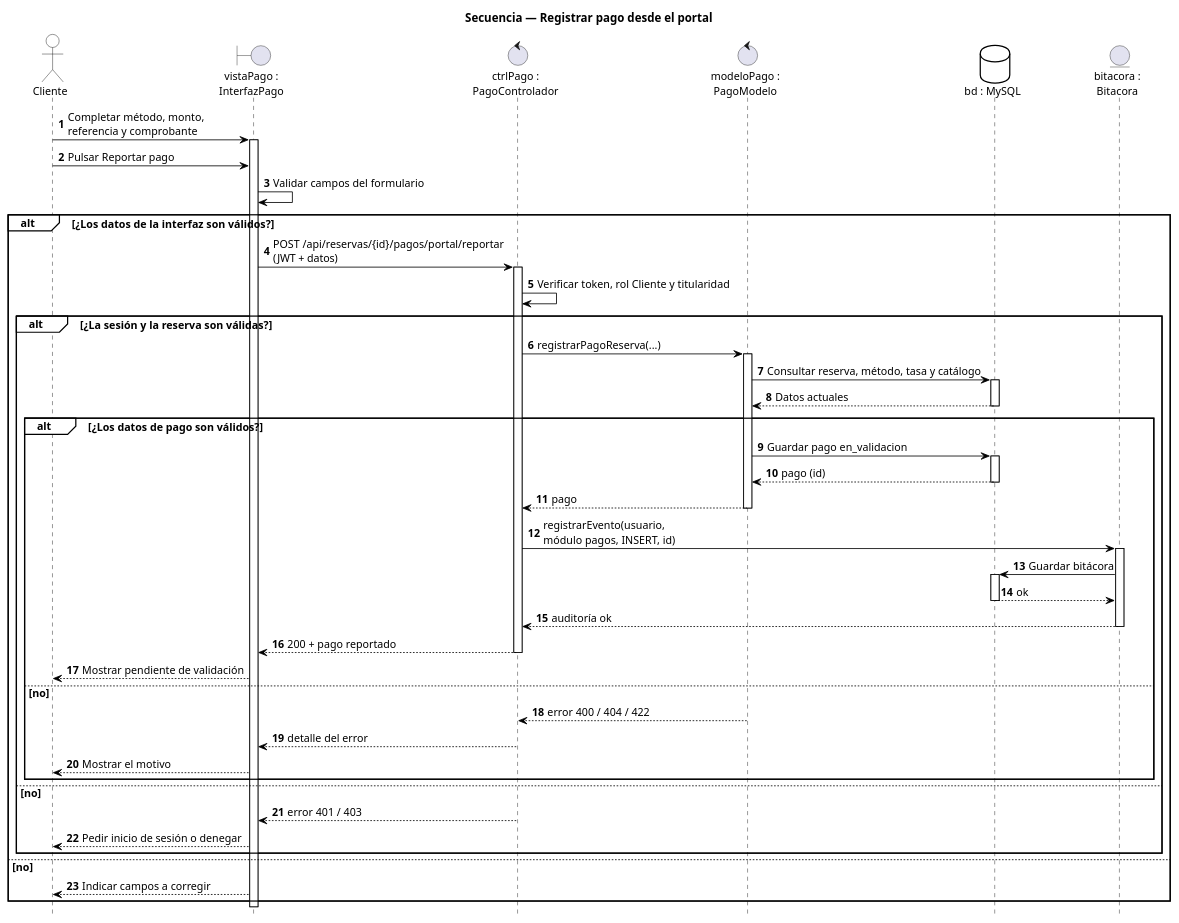
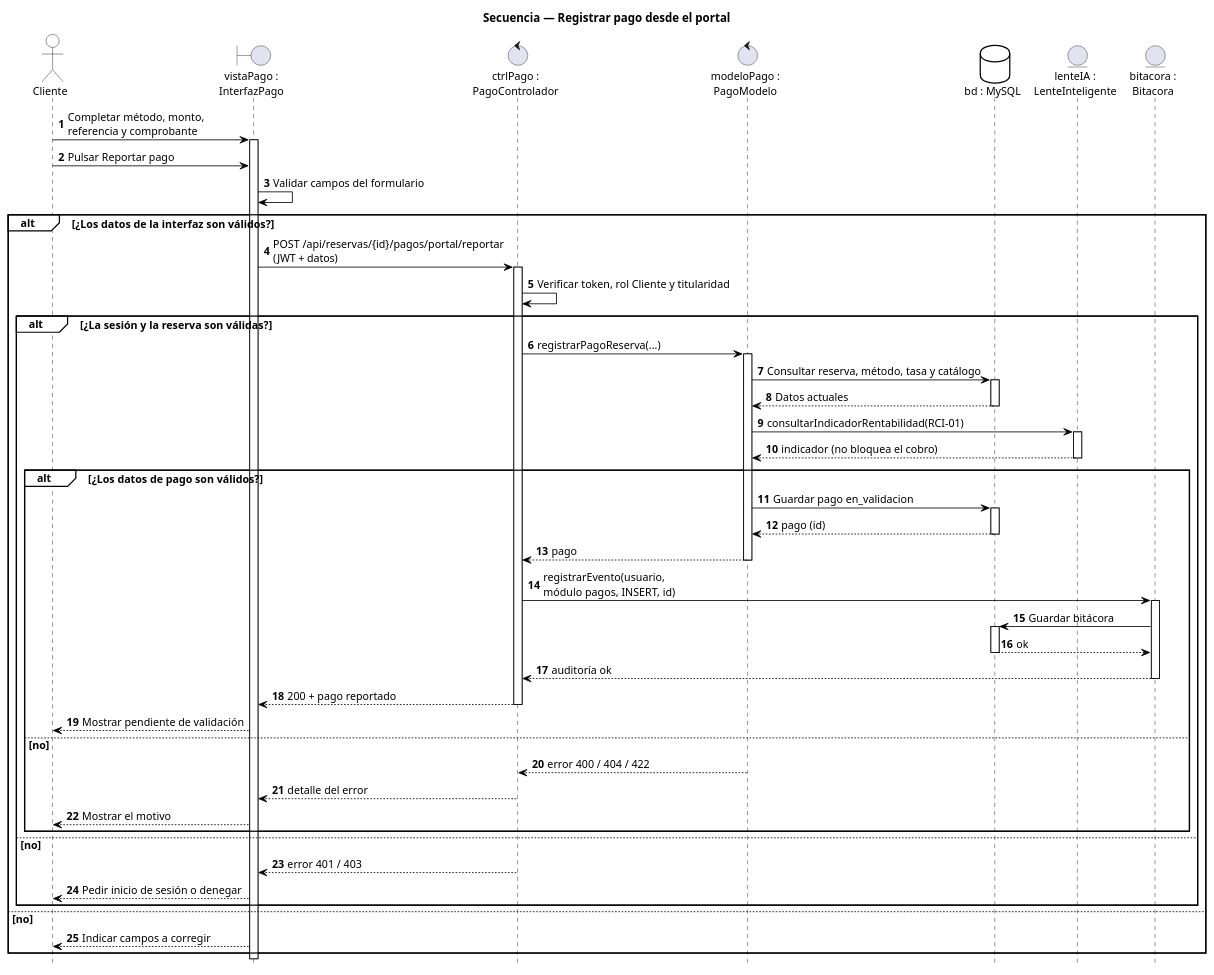
One commit to gioser1107/SIGEL changed the diagram in docs/ENTREGA_DOCUMENTAL/diagramas/puml/secuencia/PAGO_REGISTRAR.puml. Above: the diagram before and after it, drawn with PlantUML. The commit also changed 209 other files, not shown here.

```diff
--- a/docs/ENTREGA_DOCUMENTAL/diagramas/puml/secuencia/PAGO_REGISTRAR.puml
+++ b/docs/ENTREGA_DOCUMENTAL/diagramas/puml/secuencia/PAGO_REGISTRAR.puml
@@ -1,87 +1,93 @@
 @startuml
 title Secuencia — Registrar pago desde el portal
 
 skinparam backgroundColor #FFFFFF
 skinparam shadowing false
 skinparam defaultFontName Helvetica
 skinparam defaultFontSize 13
 skinparam sequence {
   ArrowColor black
   ActorBorderColor black
   ActorBackgroundColor white
   LifeLineBorderColor black
   ParticipantBorderColor black
   ParticipantBackgroundColor white
   GroupBorderColor black
   GroupBackgroundColor white
 }
 skinparam database {
   BackgroundColor white
   BorderColor black
 }
 hide footbox
 autonumber
 
 actor "Cliente" as cliente
 boundary "vistaPago :\nInterfazPago" as vista
 control "ctrlPago :\nPagoControlador" as ctrl
 control "modeloPago :\nPagoModelo" as modelo
 database "bd : MySQL" as bd
+entity "lenteIA :\nLenteInteligente" as lente
 entity "bitacora :\nBitacora" as bitacora
 
 cliente -> vista : Completar método, monto,\nreferencia y comprobante
 activate vista
 cliente -> vista : Pulsar Reportar pago
 vista -> vista : Validar campos del formulario
 
 alt ¿Los datos de la interfaz son válidos?
   vista -> ctrl : POST /api/reservas/{id}/pagos/portal/reportar\n(JWT + datos)
   activate ctrl
   ctrl -> ctrl : Verificar token, rol Cliente y titularidad
 
   alt ¿La sesión y la reserva son válidas?
     ctrl -> modelo : registrarPagoReserva(...)
     activate modelo
     modelo -> bd : Consultar reserva, método, tasa y catálogo
     activate bd
     bd --> modelo : Datos actuales
     deactivate bd
+
+    modelo -> lente : consultarIndicadorRentabilidad(RCI-01)
+    activate lente
+    lente --> modelo : indicador (no bloquea el cobro)
+    deactivate lente
 
     alt ¿Los datos de pago son válidos?
       modelo -> bd : Guardar pago en_validacion
       activate bd
       bd --> modelo : pago (id)
       deactivate bd
       modelo --> ctrl : pago
       deactivate modelo
 
       ctrl -> bitacora : registrarEvento(usuario,\nmódulo pagos, INSERT, id)
       activate bitacora
       bitacora -> bd : Guardar bitácora
       activate bd
       bd --> bitacora : ok
       deactivate bd
       bitacora --> ctrl : auditoría ok
       deactivate bitacora
 
       ctrl --> vista : 200 + pago reportado
       deactivate ctrl
       vista --> cliente : Mostrar pendiente de validación
     else no
       modelo --> ctrl : error 400 / 404 / 422
       deactivate modelo
       ctrl --> vista : detalle del error
       deactivate ctrl
       vista --> cliente : Mostrar el motivo
     end
   else no
     ctrl --> vista : error 401 / 403
     deactivate ctrl
     vista --> cliente : Pedir inicio de sesión o denegar
   end
 else no
   vista --> cliente : Indicar campos a corregir
 end
 
 deactivate vista
 @enduml
```
